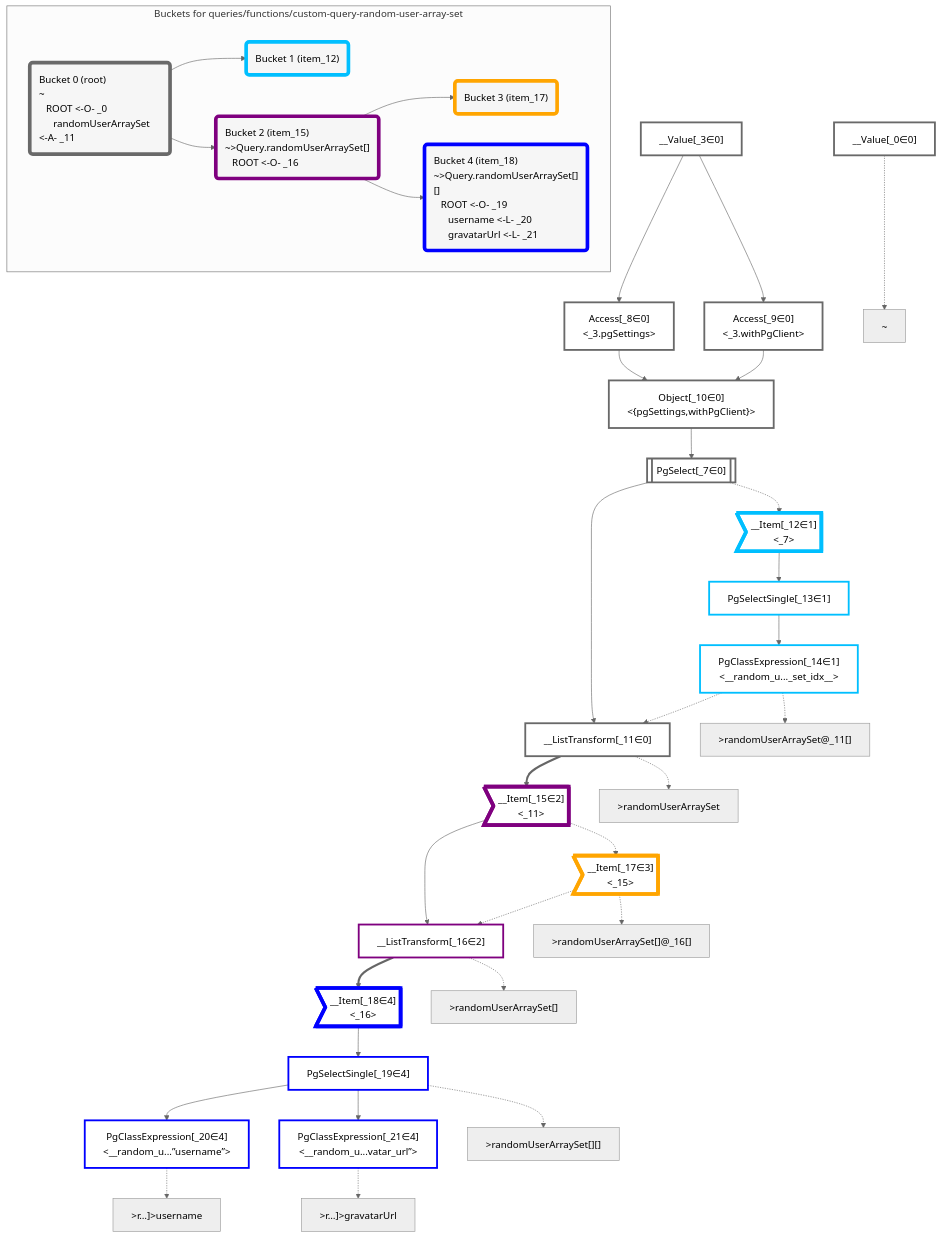
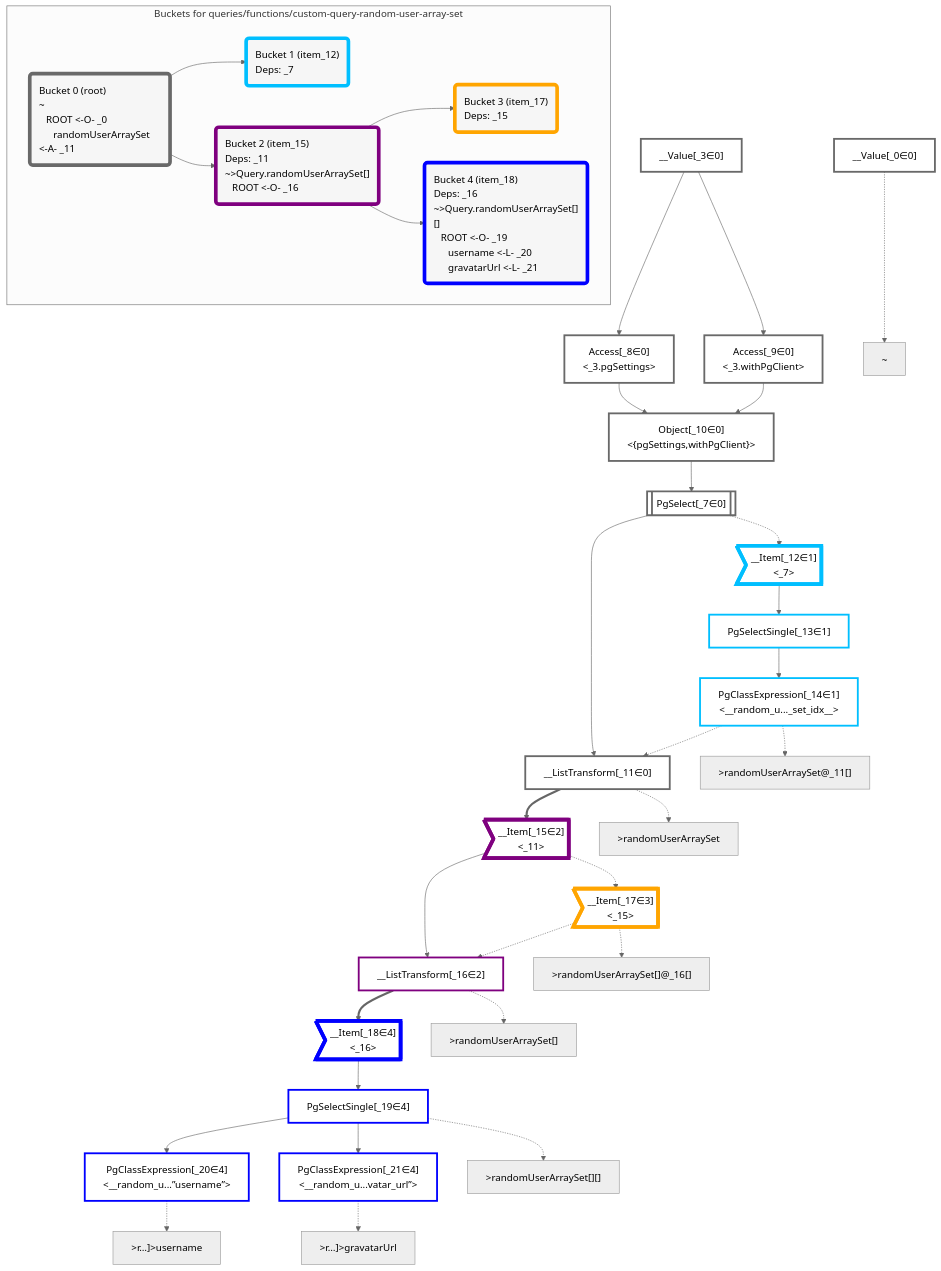
Before and after one commit to graphile/crystal: the diagram in packages/dataplan-pg/__tests__/queries/functions/custom-query-random-user-array-set.mermaid.md, drawn with Mermaid (neutral theme). The commit also changed 157 other files, not shown here.

Commit message:
Add deps to all query snapshots

```diff
--- a/packages/dataplan-pg/__tests__/queries/functions/custom-query-random-user-array-set.mermaid.md
+++ b/packages/dataplan-pg/__tests__/queries/functions/custom-query-random-user-array-set.mermaid.md
@@ -79,16 +79,16 @@
     subgraph "Buckets for queries/functions/custom-query-random-user-array-set"
     Bucket0("Bucket 0 (root)<br />~<br />⠀ROOT <-O- _0<br />⠀⠀randomUserArraySet <-A- _11"):::bucket
     style Bucket0 stroke:#696969
-    Bucket1("Bucket 1 (item_12)"):::bucket
+    Bucket1("Bucket 1 (item_12)<br />Deps: _7"):::bucket
     style Bucket1 stroke:#00bfff
     Bucket0 --> Bucket1
-    Bucket2("Bucket 2 (item_15)<br />~>Query.randomUserArraySet[]<br />⠀ROOT <-O- _16"):::bucket
+    Bucket2("Bucket 2 (item_15)<br />Deps: _11<br />~>Query.randomUserArraySet[]<br />⠀ROOT <-O- _16"):::bucket
     style Bucket2 stroke:#7f007f
     Bucket0 --> Bucket2
-    Bucket3("Bucket 3 (item_17)"):::bucket
+    Bucket3("Bucket 3 (item_17)<br />Deps: _15"):::bucket
     style Bucket3 stroke:#ffa500
     Bucket2 --> Bucket3
-    Bucket4("Bucket 4 (item_18)<br />~>Query.randomUserArraySet[][]<br />⠀ROOT <-O- _19<br />⠀⠀username <-L- _20<br />⠀⠀gravatarUrl <-L- _21"):::bucket
+    Bucket4("Bucket 4 (item_18)<br />Deps: _16<br />~>Query.randomUserArraySet[][]<br />⠀ROOT <-O- _19<br />⠀⠀username <-L- _20<br />⠀⠀gravatarUrl <-L- _21"):::bucket
     style Bucket4 stroke:#0000ff
     Bucket2 --> Bucket4
     end
```
